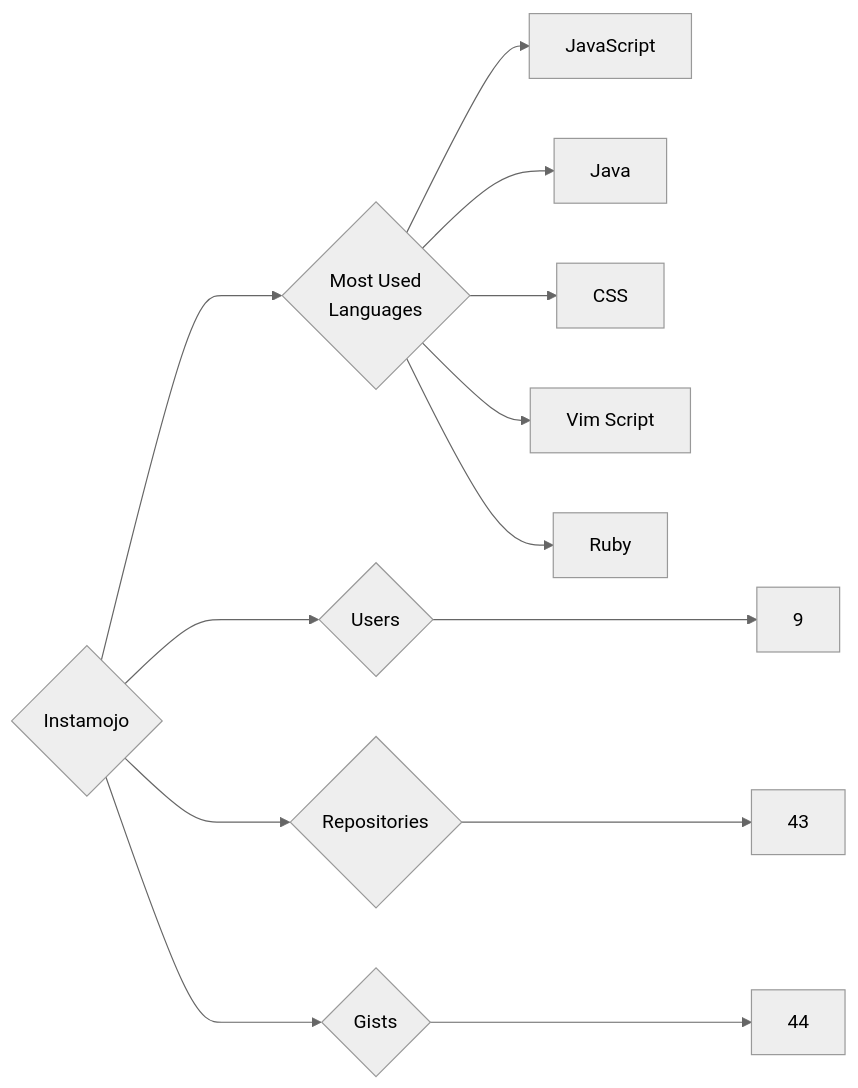
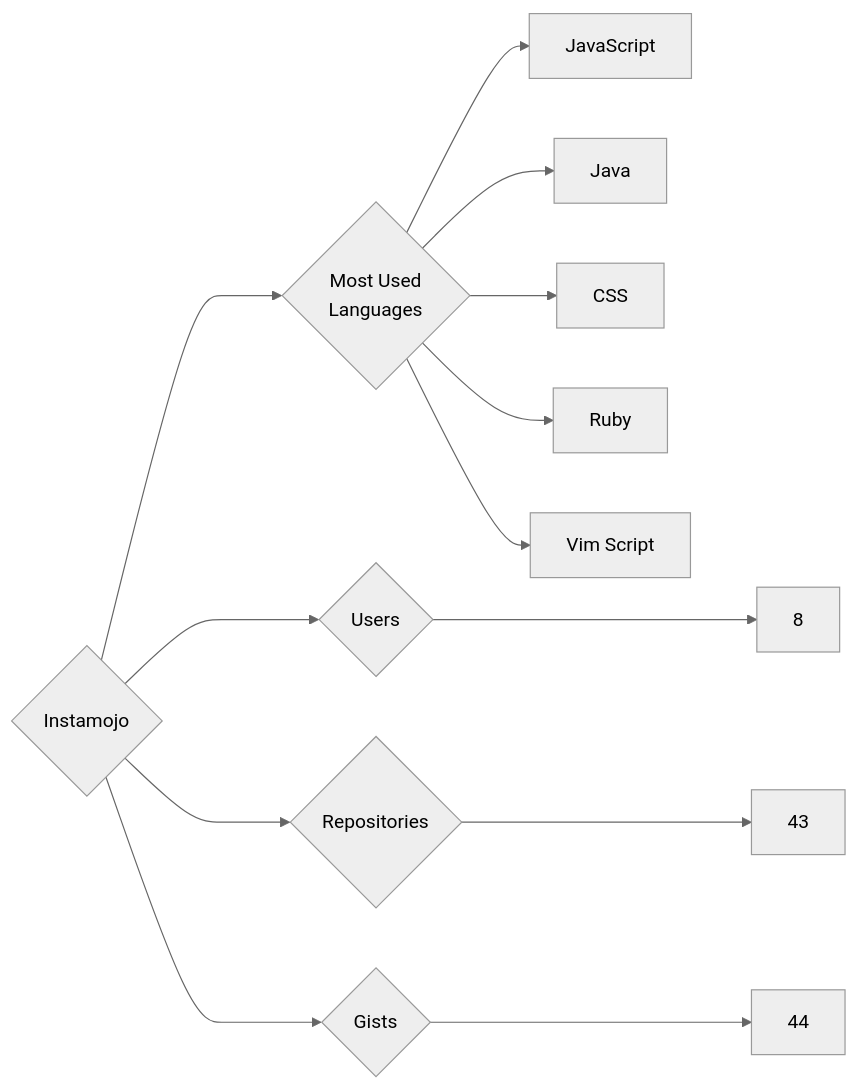
One commit to trickest/insiders changed the diagram in targets/Instamojo/README.md. Above: the diagram before and after it, drawn with Mermaid (neutral theme). The commit also changed 997 other files, not shown here.

````diff
--- a/targets/Instamojo/README.md
+++ b/targets/Instamojo/README.md
@@ -3,13 +3,13 @@
 ```mermaid
 graph LR
 COMPANY_NAME{Instamojo}
-COMPANY_NAME ---> U{Users} ---> UN[9]
+COMPANY_NAME ---> U{Users} ---> UN[8]
 COMPANY_NAME ---> R{Repositories} ---> RN[43]
 COMPANY_NAME ---> G{Gists} ---> GN[44]
 COMPANY_NAME ---> ML{Most Used<br>Languages}
 ML --> JavaScript[JavaScript]
 ML --> Java[Java]
 ML --> CSS[CSS]
+ML --> Ruby[Ruby]
 ML --> Vim_Script[Vim Script]
-ML --> Ruby[Ruby]
 ```
````
